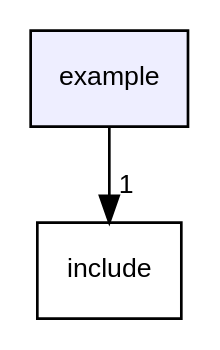
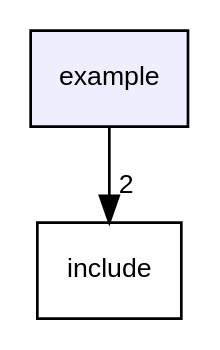
The diagram in docs/dir_cfafba98a580ce4b62f8a6fa96d7cbb0_dep.dot (nkue-yst/MarbLED-SDK), drawn with Graphviz before and after one commit. The commit also changed 87 other files, not shown here.

```diff
--- a/docs/dir_cfafba98a580ce4b62f8a6fa96d7cbb0_dep.dot
+++ b/docs/dir_cfafba98a580ce4b62f8a6fa96d7cbb0_dep.dot
@@ -1,8 +1,8 @@
 digraph "example" {
   compound=true
   node [ fontsize="10", fontname="Helvetica"];
   edge [ labelfontsize="10", labelfontname="Helvetica"];
   dir_cfafba98a580ce4b62f8a6fa96d7cbb0 [shape=box, label="example", style="filled", fillcolor="#eeeeff", pencolor="black", URL="dir_cfafba98a580ce4b62f8a6fa96d7cbb0.html"];
   dir_d44c64559bbebec7f509842c48db8b23 [shape=box label="include" URL="dir_d44c64559bbebec7f509842c48db8b23.html"];
-  dir_cfafba98a580ce4b62f8a6fa96d7cbb0->dir_d44c64559bbebec7f509842c48db8b23 [headlabel="1", labeldistance=1.5 headhref="dir_000000_000001.html"];
+  dir_cfafba98a580ce4b62f8a6fa96d7cbb0->dir_d44c64559bbebec7f509842c48db8b23 [headlabel="2", labeldistance=1.5 headhref="dir_000000_000001.html"];
 }
```
